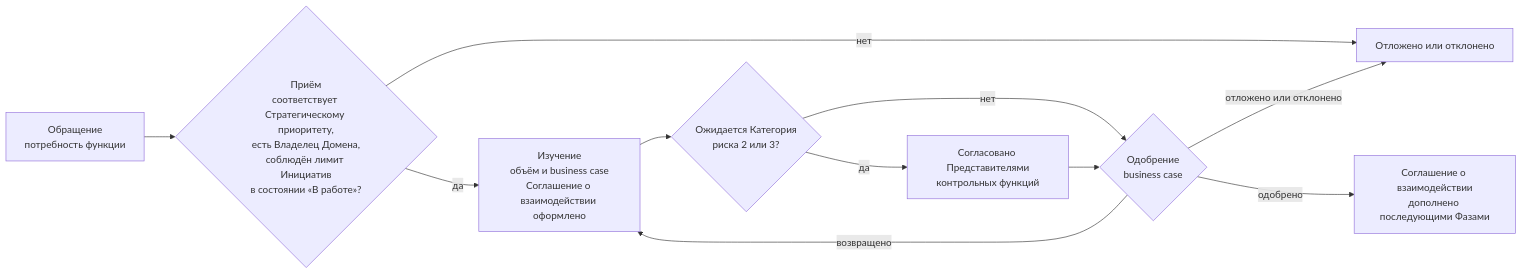
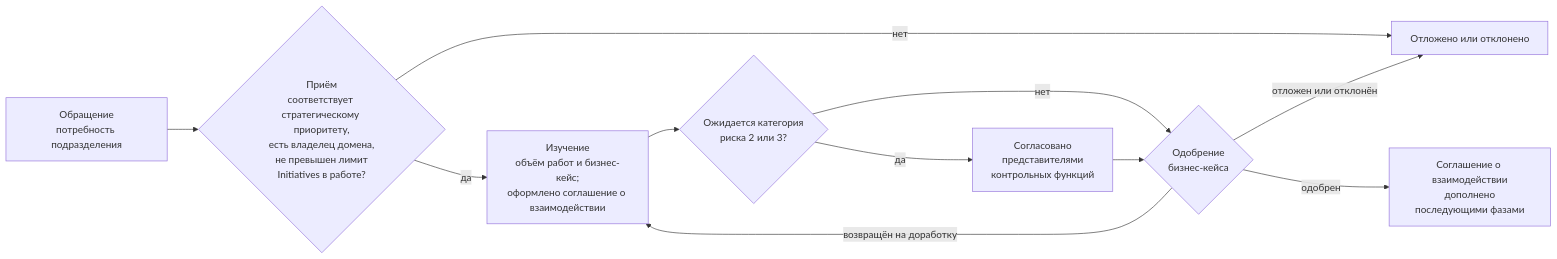
Before and after one commit to devhogu/ob-aicc: the first of 4 diagrams in charter/ru/guides/engagement-guide.md, drawn with Mermaid. The commit also changed other lines of this file and 6 other files, not shown here.

````diff
--- a/charter/ru/guides/engagement-guide.md
+++ b/charter/ru/guides/engagement-guide.md
@@ -35,13 +35,13 @@
 ```mermaid
 flowchart LR
-  C["Обращение<br/>потребность функции"] --> IN{"Приём<br/>соответствует Стратегическому приоритету,<br/>есть Владелец Домена,<br/>соблюдён лимит Инициатив<br/>в состоянии «В работе»?"}
+  C["Обращение<br/>потребность подразделения"] --> IN{"Приём<br/>соответствует стратегическому приоритету,<br/>есть владелец домена,<br/>не превышен лимит<br/>Initiatives в работе?"}
   IN -->|"нет"| DR["Отложено или отклонено"]
-  IN -->|"да"| ST["Изучение<br/>объём и business case<br/>Соглашение о взаимодействии оформлено"]
-  ST --> CL{"Ожидается Категория<br/>риска 2 или 3?"}
-  CL -->|"да"| CF["Согласовано Представителями<br/>контрольных функций"]
+  IN -->|"да"| ST["Изучение<br/>объём работ и бизнес-кейс;<br/>оформлено соглашение о взаимодействии"]
+  ST --> CL{"Ожидается категория<br/>риска 2 или 3?"}
+  CL -->|"да"| CF["Согласовано<br/>представителями<br/>контрольных функций"]
   CL -->|"нет"| AP
-  CF --> AP{"Одобрение<br/>business case"}
-  AP -->|"возвращено"| ST
-  AP -->|"отложено или отклонено"| DR
-  AP -->|"одобрено"| SA["Соглашение о взаимодействии<br/>дополнено последующими Фазами"]
+  CF --> AP{"Одобрение<br/>бизнес-кейса"}
+  AP -->|"возвращён на доработку"| ST
+  AP -->|"отложен или отклонён"| DR
+  AP -->|"одобрен"| SA["Соглашение о взаимодействии<br/>дополнено<br/>последующими фазами"]
 ```
````
